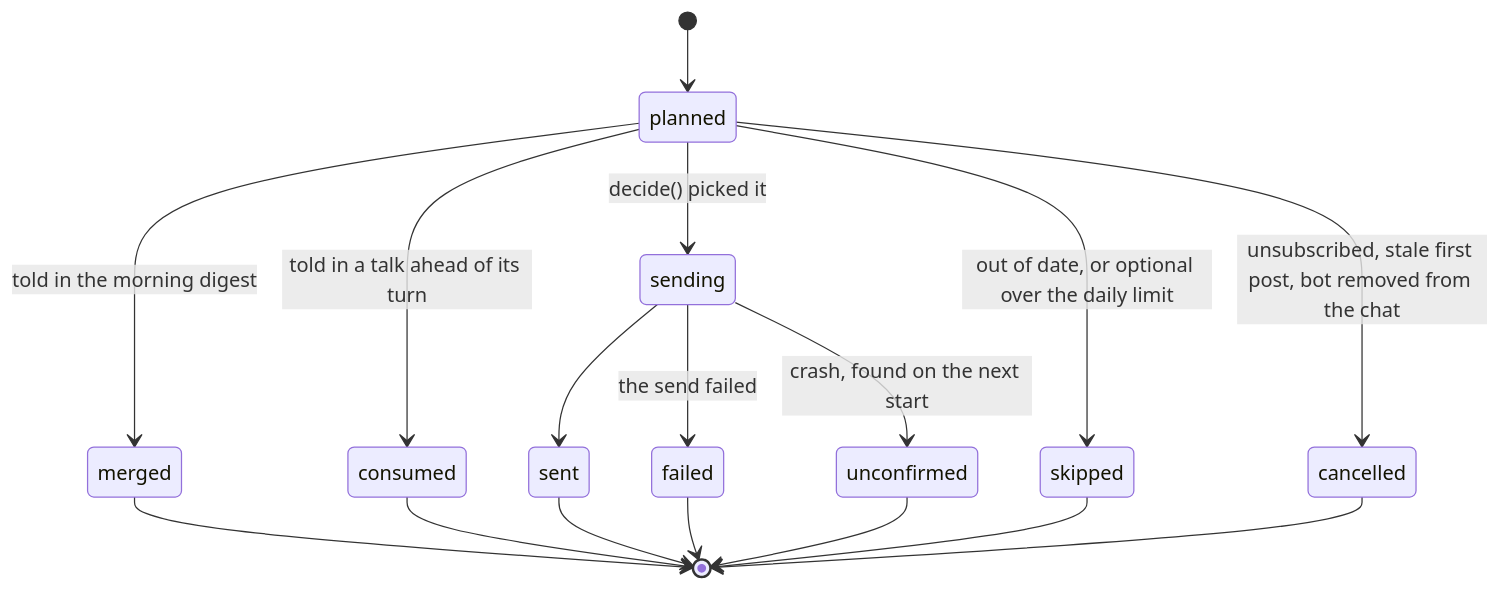
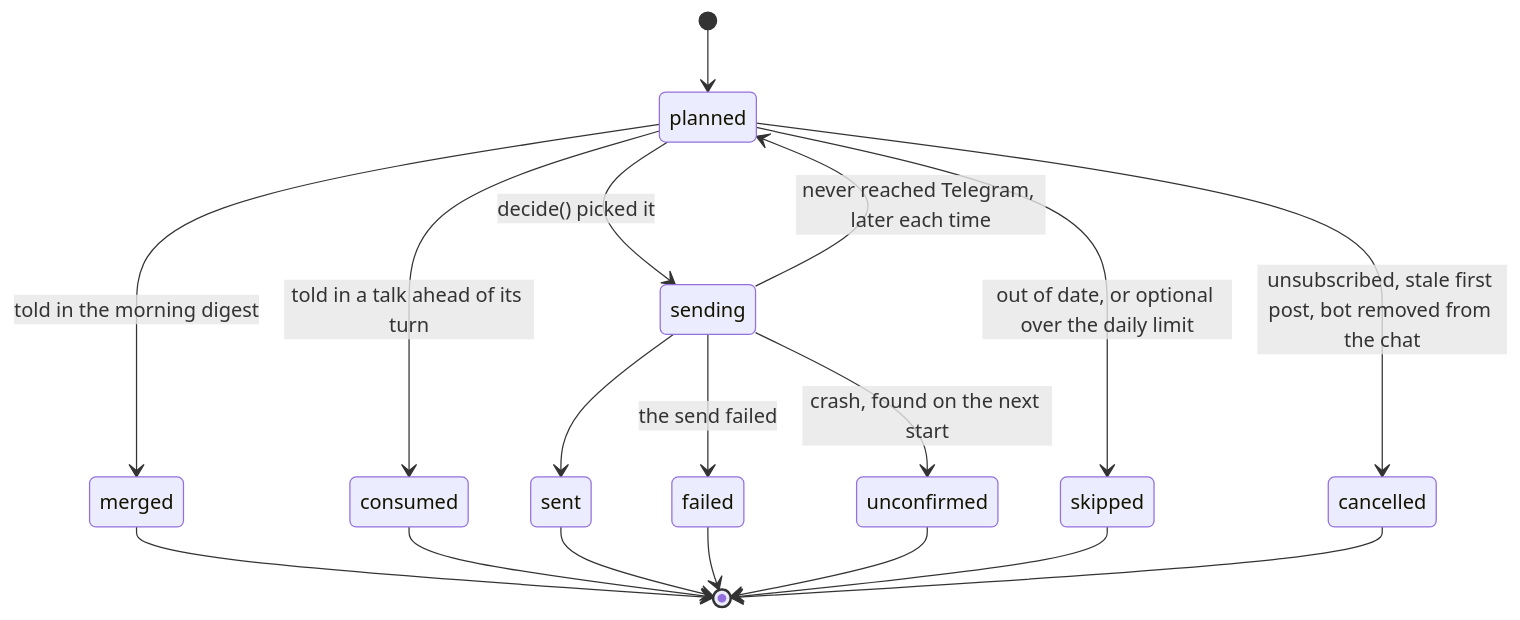
Before and after one commit to OperKH/ai_bot: the second of 2 diagrams in docs/crow/architecture.md, drawn with Mermaid. The commit also changed other lines of this file and 45 other files, not shown here.

````diff
--- a/docs/crow/architecture.md
+++ b/docs/crow/architecture.md
@@ -36,19 +41,20 @@
   ```mermaid
   stateDiagram-v2
       [*] --> planned
       planned --> sending: decide() picked it
       sending --> sent
+      sending --> planned: never reached Telegram, later each time
       sending --> failed: the send failed
       sending --> unconfirmed: crash, found on the next start
       planned --> skipped: out of date, or optional over the daily limit
       planned --> cancelled: unsubscribed, stale first post, bot removed from the chat
       planned --> merged: told in the morning digest
       planned --> consumed: told in a talk ahead of its turn
       merged --> [*]
       consumed --> [*]
       sent --> [*]
       failed --> [*]
       unconfirmed --> [*]
       skipped --> [*]
       cancelled --> [*]
   ```
````
